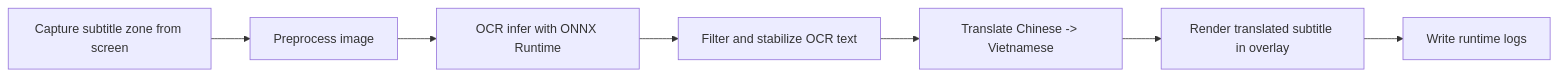
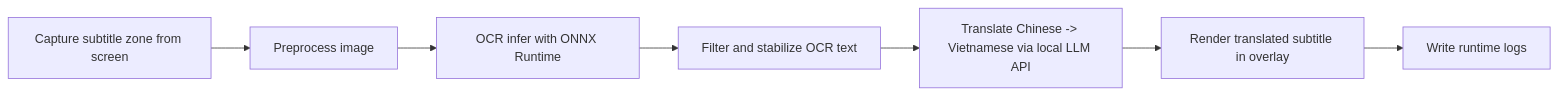
The first of 2 diagrams in README.md (ngoctruongns/screen_sub_translate), drawn with Mermaid before and after one commit. The commit also changed other lines of this file and 9 other files, not shown here.

````diff
--- a/README.md
+++ b/README.md
@@ -16,9 +30,9 @@
 ```mermaid
 flowchart LR
   A[Capture subtitle zone from screen] --> B[Preprocess image]
   B --> C[OCR infer with ONNX Runtime]
   C --> D[Filter and stabilize OCR text]
-  D --> E[Translate Chinese -> Vietnamese]
+  D --> E[Translate Chinese -> Vietnamese via local LLM API]
   E --> F[Render translated subtitle in overlay]
   F --> G[Write runtime logs]
 ```
````
